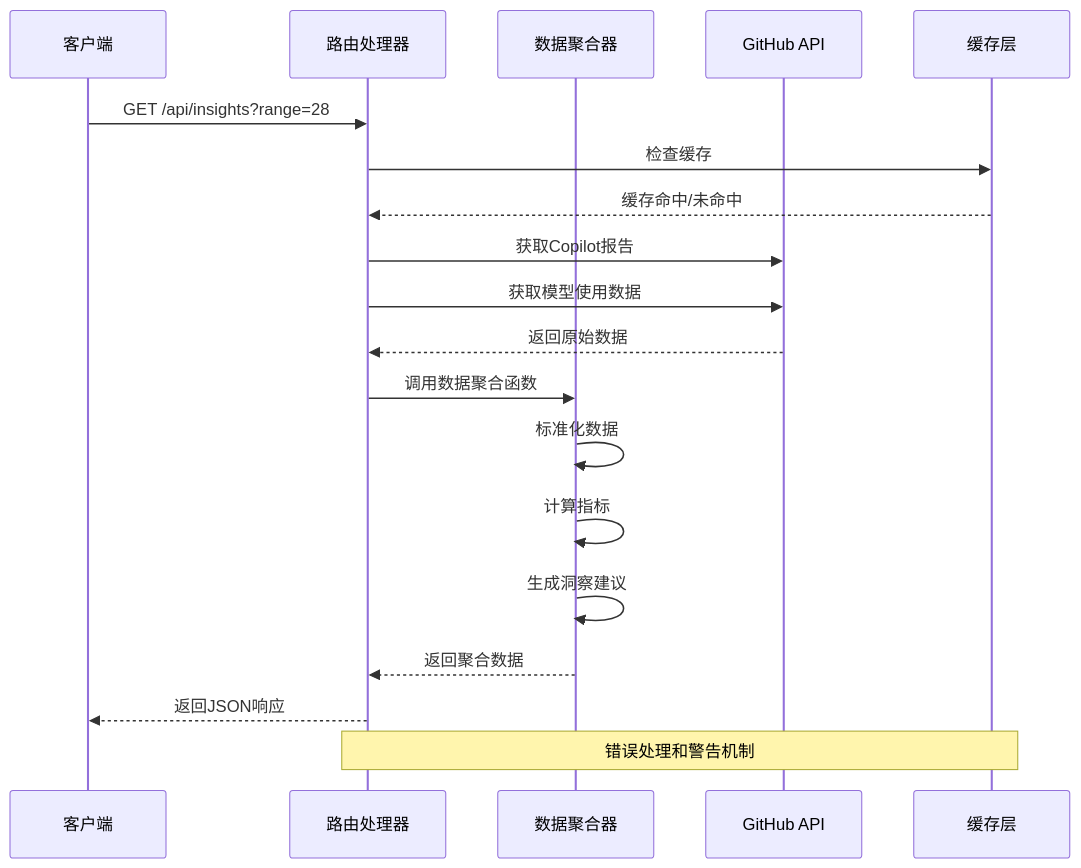
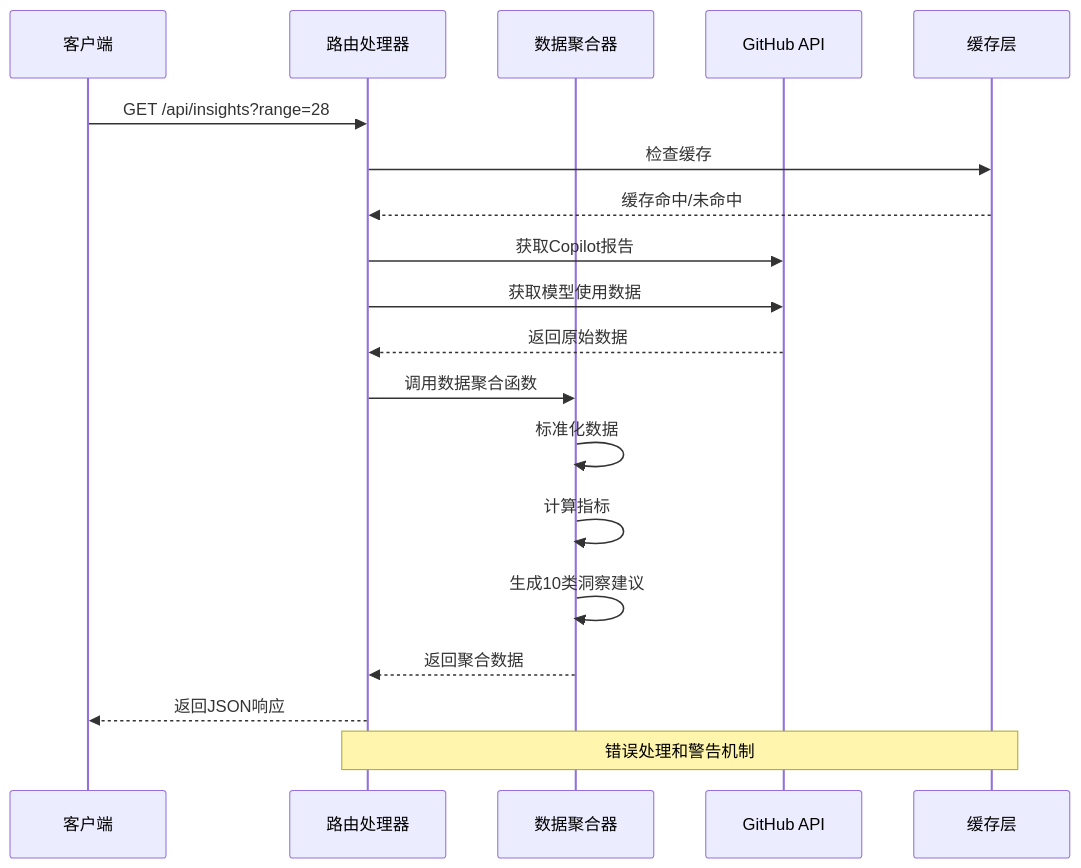
One commit to kissingwolf/CopilotEnterpriseUsageDisplay changed the second of 6 diagrams in .qoder/repowiki/zh/content/核心模块/Insights数据聚合模块.md. Above: the diagram before and after it, drawn with Mermaid. The commit also changed other lines of this file and 4 other files, not shown here.

````diff
--- a/.qoder/repowiki/zh/content/核心模块/Insights数据聚合模块.md
+++ b/.qoder/repowiki/zh/content/核心模块/Insights数据聚合模块.md
@@ -163,21 +176,21 @@
 ```mermaid
 sequenceDiagram
 participant Client as 客户端
 participant Route as 路由处理器
 participant Aggregator as 数据聚合器
 participant GitHub as GitHub API
 participant Cache as 缓存层
 Client->>Route : GET /api/insights?range=28
 Route->>Cache : 检查缓存
 Cache-->>Route : 缓存命中/未命中
 Route->>GitHub : 获取Copilot报告
 Route->>GitHub : 获取模型使用数据
 GitHub-->>Route : 返回原始数据
 Route->>Aggregator : 调用数据聚合函数
 Aggregator->>Aggregator : 标准化数据
 Aggregator->>Aggregator : 计算指标
-Aggregator->>Aggregator : 生成洞察建议
+Aggregator->>Aggregator : 生成10类洞察建议
 Aggregator-->>Route : 返回聚合数据
 Route-->>Client : 返回JSON响应
 Note over Route,Cache : 错误处理和警告机制
 ```
````
